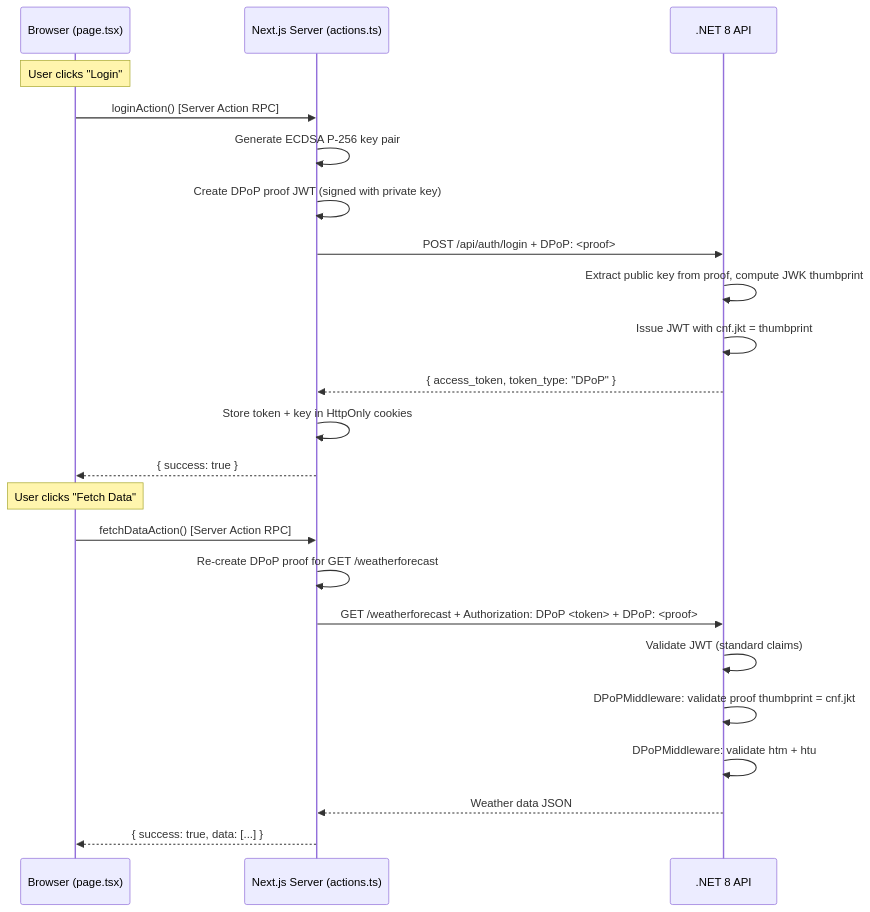
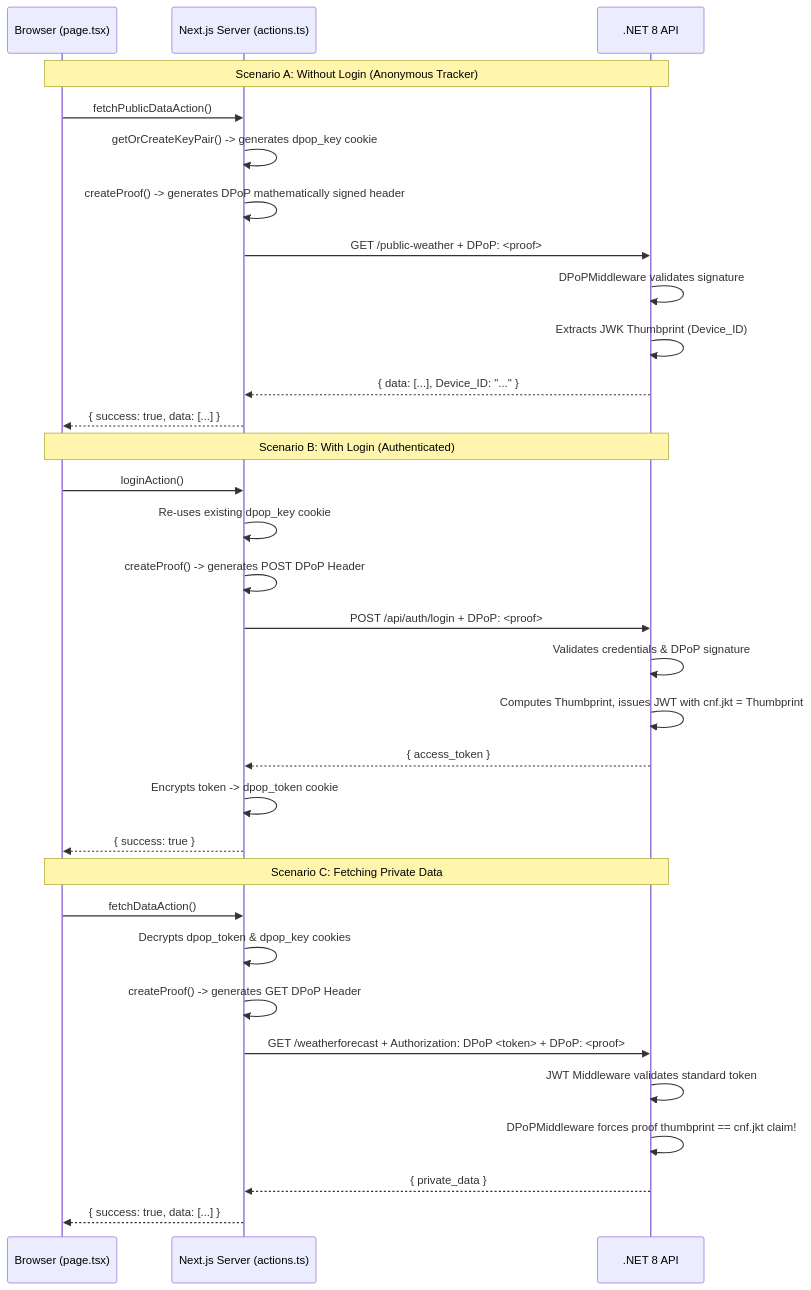
One commit to pawan1107/DPoP-Security changed the diagram in walkthrough.md. Above: the diagram before and after it, drawn with Mermaid. The commit also changed other lines of this file and 2 other files, not shown here.

````diff
--- a/walkthrough.md
+++ b/walkthrough.md
@@ -9,27 +13,37 @@
 ```mermaid
 sequenceDiagram
     participant Browser as Browser (page.tsx)
     participant BFF as Next.js Server (actions.ts)
     participant API as .NET 8 API
 
-    Note over Browser: User clicks "Login"
-    Browser->>BFF: loginAction() [Server Action RPC]
-    BFF->>BFF: Generate ECDSA P-256 key pair
-    BFF->>BFF: Create DPoP proof JWT (signed with private key)
+    Note over Browser, API: Scenario A: Without Login (Anonymous Tracker)
+    Browser->>BFF: fetchPublicDataAction()
+    BFF->>BFF: getOrCreateKeyPair() -> generates dpop_key cookie
+    BFF->>BFF: createProof() -> generates DPoP mathematically signed header
+    BFF->>API: GET /public-weather + DPoP: <proof>
+    API->>API: DPoPMiddleware validates signature
+    API->>API: Extracts JWK Thumbprint (Device_ID)
+    API-->>BFF: { data: [...], Device_ID: "..." }
+    BFF-->>Browser: { success: true, data: [...] }
+
+    Note over Browser, API: Scenario B: With Login (Authenticated)
+    Browser->>BFF: loginAction()
+    BFF->>BFF: Re-uses existing dpop_key cookie
+    BFF->>BFF: createProof() -> generates POST DPoP Header
     BFF->>API: POST /api/auth/login + DPoP: <proof>
-    API->>API: Extract public key from proof, compute JWK thumbprint
-    API->>API: Issue JWT with cnf.jkt = thumbprint
-    API-->>BFF: { access_token, token_type: "DPoP" }
-    BFF->>BFF: Store token + key in HttpOnly cookies
+    API->>API: Validates credentials & DPoP signature
+    API->>API: Computes Thumbprint, issues JWT with cnf.jkt = Thumbprint
+    API-->>BFF: { access_token }
+    BFF->>BFF: Encrypts token -> dpop_token cookie
     BFF-->>Browser: { success: true }
 
-    Note over Browser: User clicks "Fetch Data"
-    Browser->>BFF: fetchDataAction() [Server Action RPC]
-    BFF->>BFF: Re-create DPoP proof for GET /weatherforecast
+    Note over Browser, API: Scenario C: Fetching Private Data
+    Browser->>BFF: fetchDataAction()
+    BFF->>BFF: Decrypts dpop_token & dpop_key cookies
+    BFF->>BFF: createProof() -> generates GET DPoP Header
     BFF->>API: GET /weatherforecast + Authorization: DPoP <token> + DPoP: <proof>
-    API->>API: Validate JWT (standard claims)
-    API->>API: DPoPMiddleware: validate proof thumbprint = cnf.jkt
-    API->>API: DPoPMiddleware: validate htm + htu
-    API-->>BFF: Weather data JSON
+    API->>API: JWT Middleware validates standard token
+    API->>API: DPoPMiddleware forces proof thumbprint == cnf.jkt claim!
+    API-->>BFF: { private_data }
     BFF-->>Browser: { success: true, data: [...] }
 ```
````
